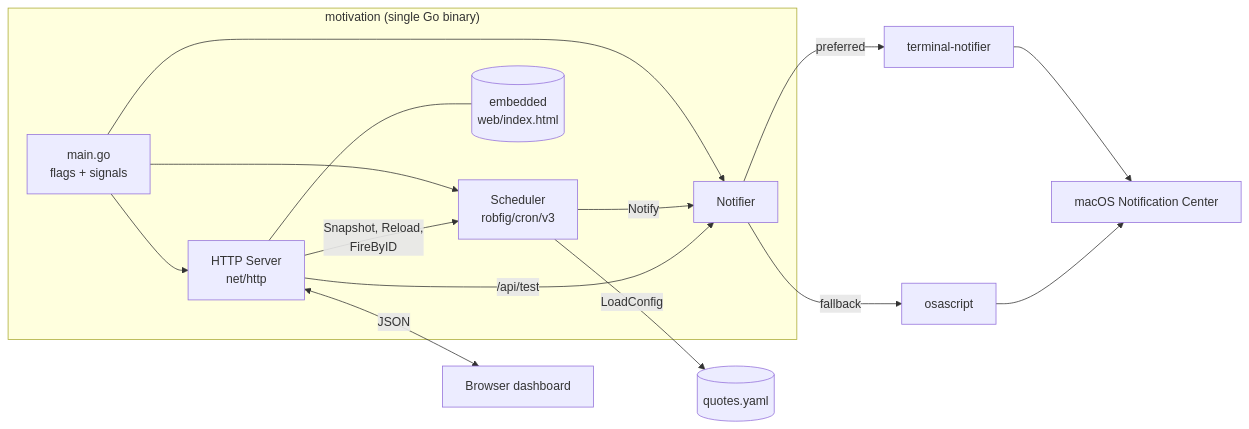
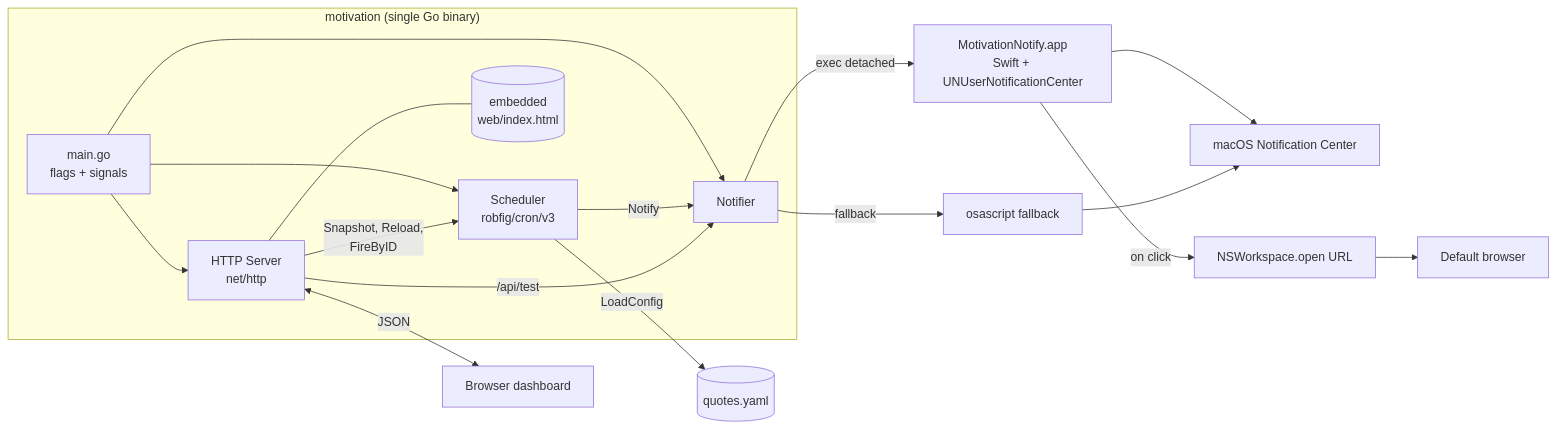
Before and after one commit to nator-dh/motivation: the first of 4 diagrams in .claude/ARC.md, drawn with Mermaid. The commit also changed other lines of this file and 12 other files, not shown here.

Commit message:
feat: update swift app

````diff
--- a/.claude/ARC.md
+++ b/.claude/ARC.md
@@ -7,33 +9,37 @@
 ```mermaid
 flowchart LR
     subgraph Process["motivation (single Go binary)"]
         Main[main.go<br/>flags + signals]
         Sched[Scheduler<br/>robfig/cron/v3]
         Notif[Notifier]
         HTTP[HTTP Server<br/>net/http]
         UI[(embedded<br/>web/index.html)]
     end
 
     YAML[(quotes.yaml)]
     Browser[Browser dashboard]
-    TN[terminal-notifier]
-    OSA[osascript]
+    Helper[MotivationNotify.app<br/>Swift + UNUserNotificationCenter]
+    OSA[osascript fallback]
     NC[macOS Notification Center]
+    WS[NSWorkspace.open URL]
+    Web[Default browser]
 
     Main --> Sched
     Main --> Notif
     Main --> HTTP
 
     HTTP --- UI
     HTTP <-->|JSON| Browser
 
     Sched -->|LoadConfig| YAML
     Sched -->|Notify| Notif
     HTTP -->|Snapshot, Reload,<br/>FireByID| Sched
     HTTP -->|/api/test| Notif
 
-    Notif -->|preferred| TN
+    Notif -->|exec detached| Helper
     Notif -->|fallback| OSA
-    TN --> NC
+    Helper --> NC
+    Helper -->|on click| WS
+    WS --> Web
     OSA --> NC
 ```
````
